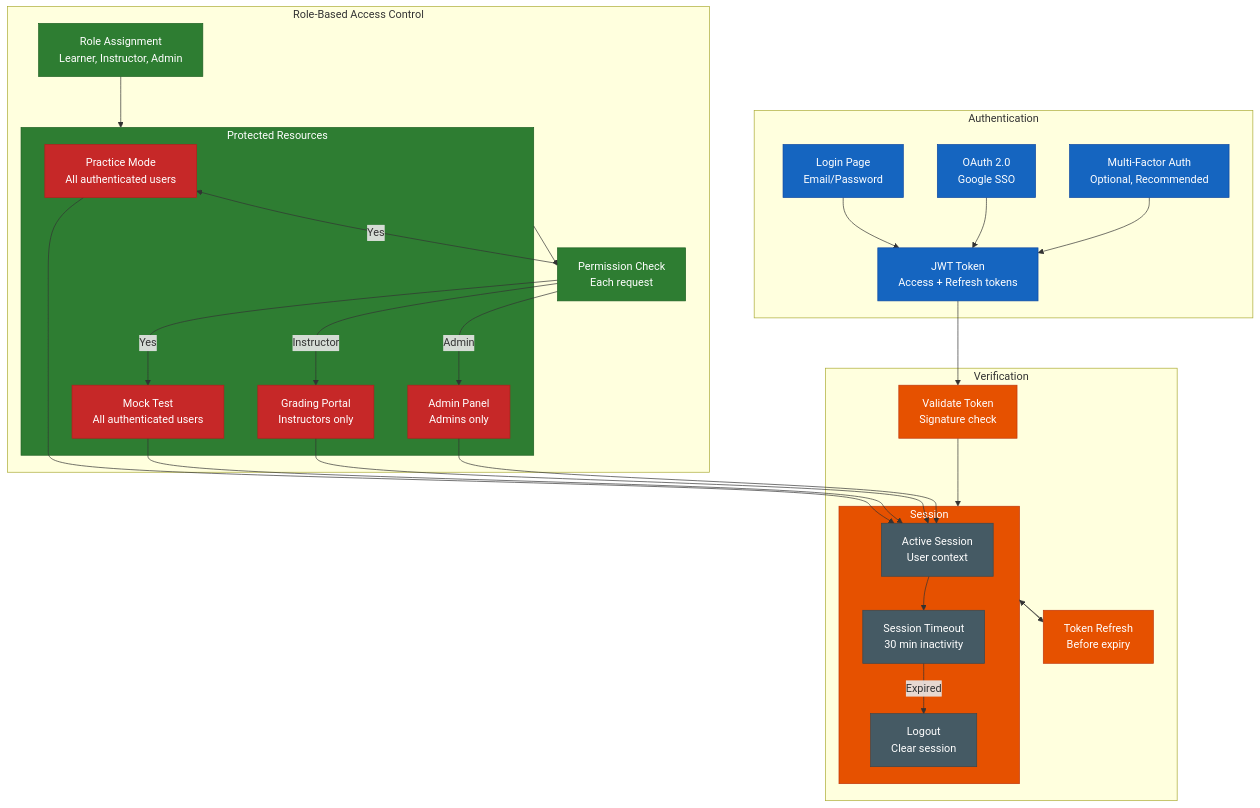
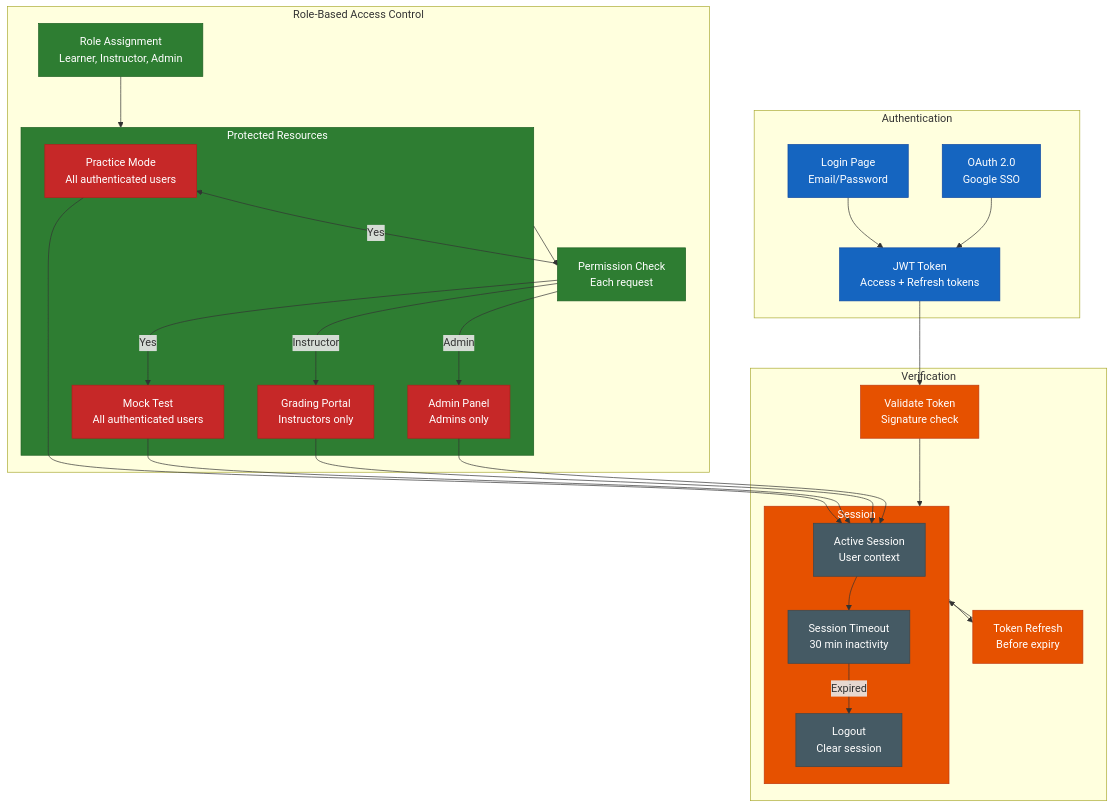
The eighth of 8 diagrams in docs/capstone/diagrams/flow-diagrams.vi.md (nghyane/VSTEP), drawn with Mermaid before and after one commit. The commit also changed other lines of this file, not shown here.

First line of the commit message:
docs: remove non-MVP features from flow diagrams

````diff
--- a/docs/capstone/diagrams/flow-diagrams.vi.md
+++ b/docs/capstone/diagrams/flow-diagrams.vi.md
@@ -479,67 +475,65 @@
 ```mermaid
 flowchart TB
     subgraph Auth ["Authentication"]
         Login["Login Page<br/>Email/Password"]
         OAuth["OAuth 2.0<br/>Google SSO"]
-        MFA["Multi-Factor Auth<br/>Optional, Recommended"]
         Token["JWT Token<br/>Access + Refresh tokens"]
     end
 
     subgraph Verify ["Verification"]
         Validate["Validate Token<br/>Signature check"]
         Session["Session Management<br/>Redis cache"]
         Refresh["Token Refresh<br/>Before expiry"]
     end
 
     subgraph RBAC ["Role-Based Access Control"]
         Roles["Role Assignment<br/>Learner, Instructor, Admin"]
         Permissions["Permission Matrix<br/>Based on role"]
         Check["Permission Check<br/>Each request"]
     end
 
     subgraph Permissions ["Protected Resources"]
         PracticeRes["Practice Mode<br/>All authenticated users"]
         MockRes["Mock Test<br/>All authenticated users"]
         GradingRes["Grading Portal<br/>Instructors only"]
         AdminRes["Admin Panel<br/>Admins only"]
     end
 
     subgraph Session ["Session"]
         Active["Active Session<br/>User context"]
         Timeout["Session Timeout<br/>30 min inactivity"]
         Logout["Logout<br/>Clear session"]
     end
 
     Login --> Token
     OAuth --> Token
-    MFA --> Token
     Token --> Validate
     Validate --> Session
     Session --> Refresh
     Refresh --> Session
     Roles --> Permissions
     Permissions --> Check
     Check -->|Yes| PracticeRes
     Check -->|Yes| MockRes
     Check -->|Instructor| GradingRes
     Check -->|Admin| AdminRes
     PracticeRes --> Active
     MockRes --> Active
     GradingRes --> Active
     AdminRes --> Active
     Active --> Timeout
     Timeout -->|Expired| Logout
 
     classDef auth fill:#1565c0,stroke:#0d47a1,color:#fff
     classDef verify fill:#e65100,stroke:#bf360c,color:#fff
     classDef rbac fill:#2e7d32,stroke:#1b5e20,color:#fff
     classDef permissions fill:#c62828,stroke:#b71c1c,color:#fff
     classDef resources fill:#6a1b9a,stroke:#4a148c,color:#fff
     classDef session fill:#455a64,stroke:#37474f,color:#fff
 
-    class Login,OAuth,MFA,Token auth
+    class Login,OAuth,Token auth
     class Validate,Session,Refresh verify
     class Roles,Permissions,Check rbac
     class PracticeRes,MockRes,GradingRes,AdminRes permissions
     class Active,Timeout,Logout session
 ```
````
